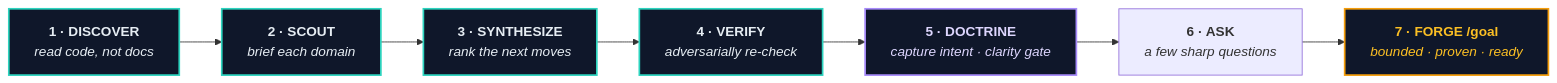
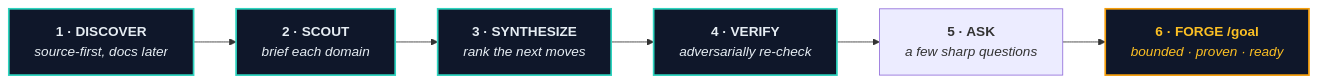
Before and after one commit to chrisduvillard/pathfinder-skill: the diagram in README.md, drawn with Mermaid. The commit also changed other lines of this file and 259 other files, not shown here.

````diff
--- a/README.md
+++ b/README.md
@@ -73,19 +84,16 @@
 ```mermaid
 flowchart LR
-    A["<b>1 · DISCOVER</b><br/><i>read code, not docs</i>"]
+    A["<b>1 · DISCOVER</b><br/><i>source-first, docs later</i>"]
     B["<b>2 · SCOUT</b><br/><i>brief each domain</i>"]
     C["<b>3 · SYNTHESIZE</b><br/><i>rank the next moves</i>"]
     V["<b>4 · VERIFY</b><br/><i>adversarially re-check</i>"]
-    G["<b>5 · DOCTRINE</b><br/><i>capture intent · clarity gate</i>"]
-    D["<b>6 · ASK</b><br/><i>a few sharp questions</i>"]
-    E["<b>7 · FORGE /goal</b><br/><i>bounded · proven · ready</i>"]
+    D["<b>5 · ASK</b><br/><i>a few sharp questions</i>"]
+    E["<b>6 · FORGE /goal</b><br/><i>bounded · proven · ready</i>"]
 
-    A --> B --> C --> V --> G --> D --> E
+    A --> B --> C --> V --> D --> E
 
     classDef step fill:#0F172A,stroke:#2DD4BF,stroke-width:2px,color:#E6EDF3;
-    classDef gate fill:#0F172A,stroke:#A78BFA,stroke-width:2px,color:#DDD6FE;
     classDef forge fill:#0F172A,stroke:#F59E0B,stroke-width:2px,color:#FBBF24;
     class A,B,C,V step;
-    class G gate;
     class E forge;
 ```
````
